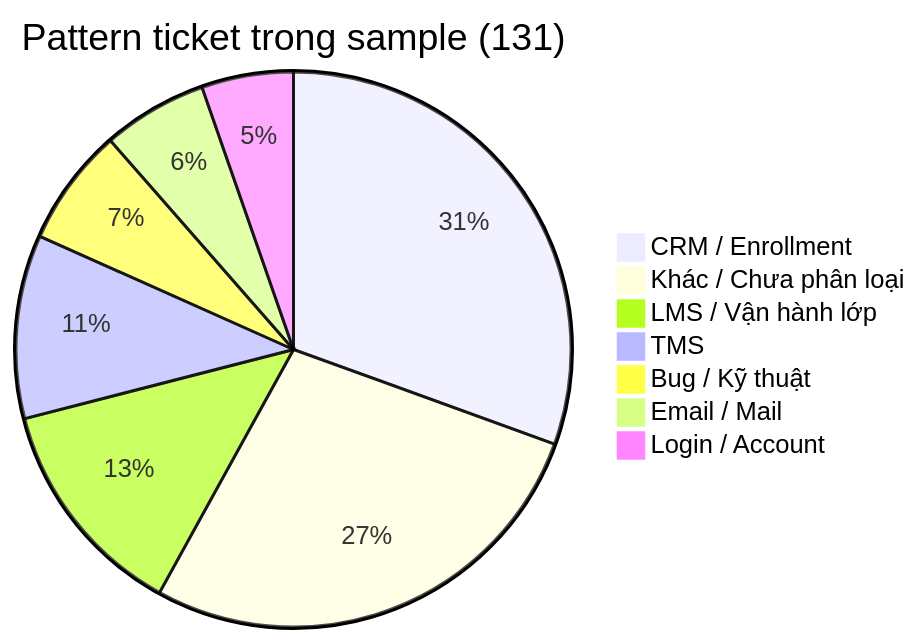
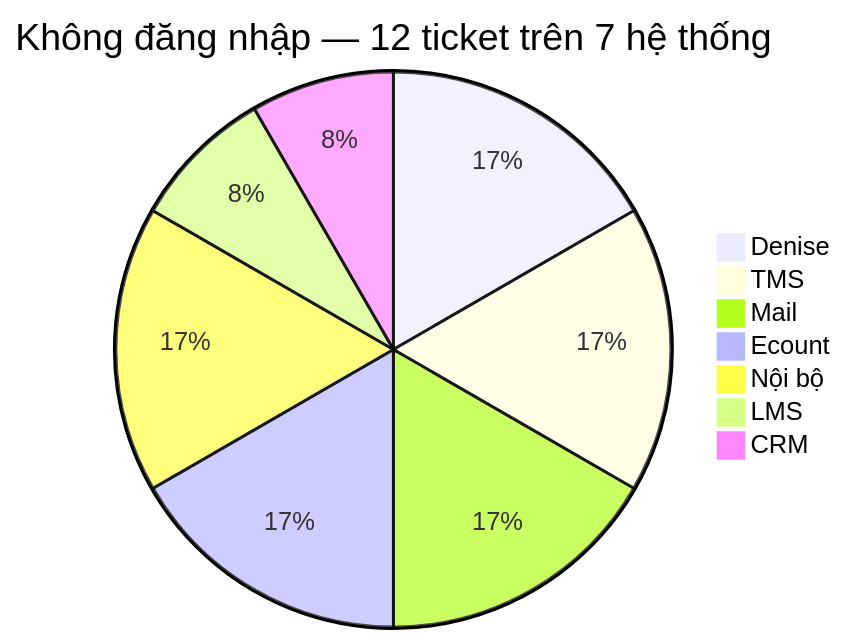
The sixth of 9 diagrams in week-5/odoo-automation/week-5/sample-report-ticket-analysis.md (Anhmy27/Tickets-manager-CLI-Mindx-homework-), drawn with Mermaid before and after one commit. The commit also changed other lines of this file, not shown here.

Commit message:
docs(week5): deepen sample report with CRM/LMS/TMS drill-down

````diff
--- a/week-5/odoo-automation/week-5/sample-report-ticket-analysis.md
+++ b/week-5/odoo-automation/week-5/sample-report-ticket-analysis.md
@@ -32,10 +162,10 @@
 ```mermaid
-pie title Pattern ticket trong sample (131)
-  "CRM / Enrollment" : 40
-  "Khác / Chưa phân loại" : 36
-  "LMS / Vận hành lớp" : 17
-  "TMS" : 14
-  "Bug / Kỹ thuật" : 9
-  "Email / Mail" : 8
-  "Login / Account" : 7
+pie title Không đăng nhập — 12 ticket trên 7 hệ thống
+  "Denise" : 2
+  "TMS" : 2
+  "Mail" : 2
+  "Ecount" : 2
+  "Nội bộ" : 2
+  "LMS" : 1
+  "CRM" : 1
 ```
````
